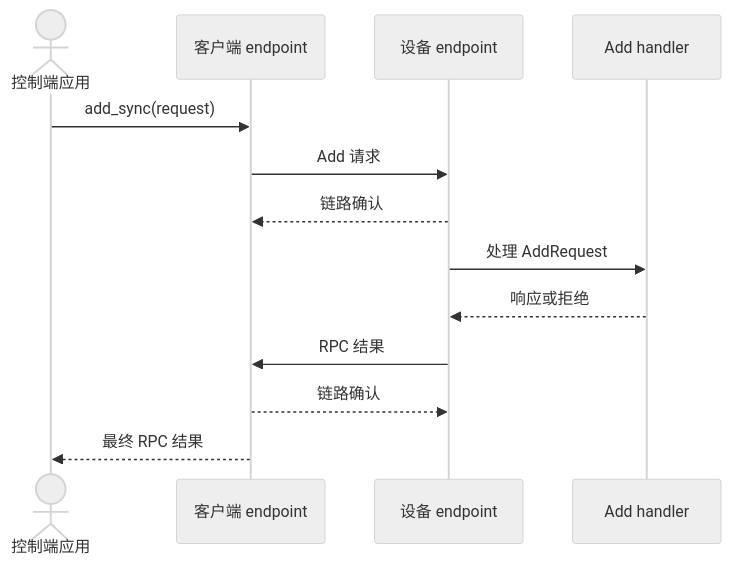
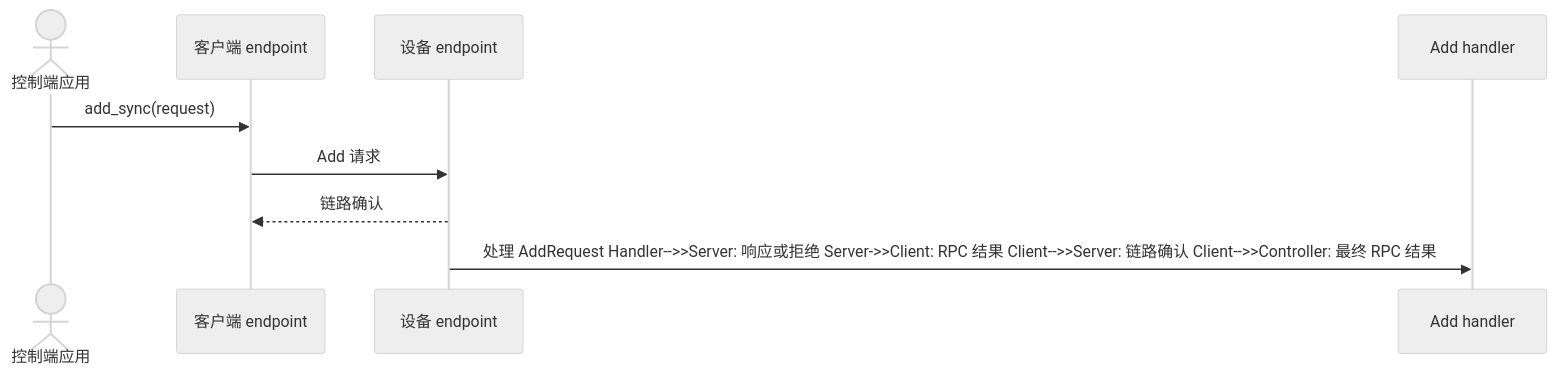
Before and after one commit to starwey604/wirelink: the diagram in site/src/content/docs/zh-cn/learn/request-a-result.mdx, drawn with Mermaid (neutral theme). The commit also changed other lines of this file and 25 other files, not shown here.

````diff
--- a/site/src/content/docs/zh-cn/learn/request-a-result.mdx
+++ b/site/src/content/docs/zh-cn/learn/request-a-result.mdx
@@ -175,18 +158,14 @@
 ```mermaid
 sequenceDiagram
   accTitle: 同步 RPC 的各个阶段
   accDescr: 链路确认先表示请求已经送达，handler 随后产生响应或拒绝，最终 RPC 结果再返回调用方。
   actor Controller as 控制端应用
   participant Client as 客户端 endpoint
   participant Server as 设备 endpoint
   participant Handler as Add handler
 
   Controller->>Client: add_sync(request)
   Client->>Server: Add 请求
   Server-->>Client: 链路确认
-  Server->>Handler: 处理 AddRequest
-  Handler-->>Server: 响应或拒绝
-  Server->>Client: RPC 结果
-  Client-->>Server: 链路确认
-  Client-->>Controller: 最终 RPC 结果
+Server->>Handler: 处理 AddRequest Handler-->>Server: 响应或拒绝 Server->>Client: RPC 结果 Client-->>Server: 链路确认 Client-->>Controller: 最终 RPC 结果
 ```
````
